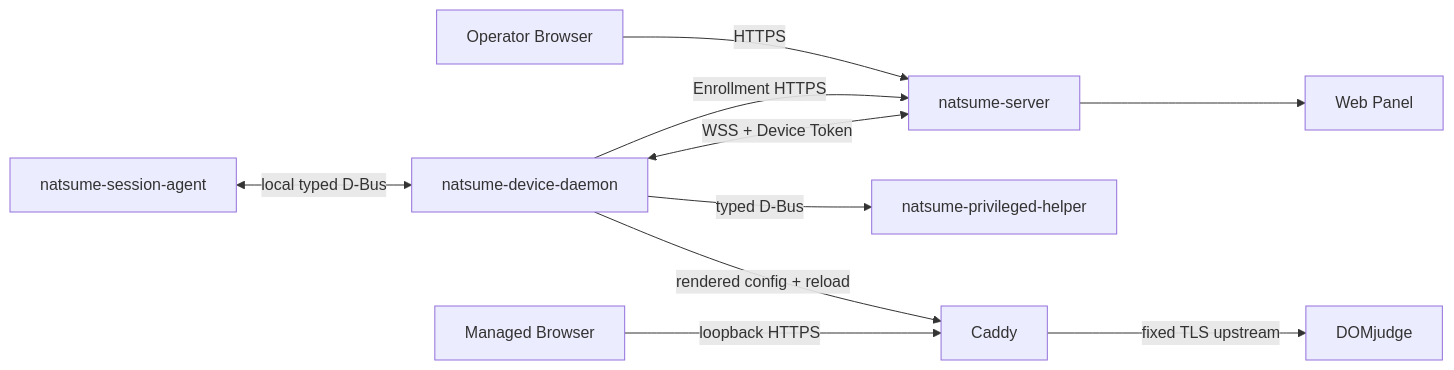
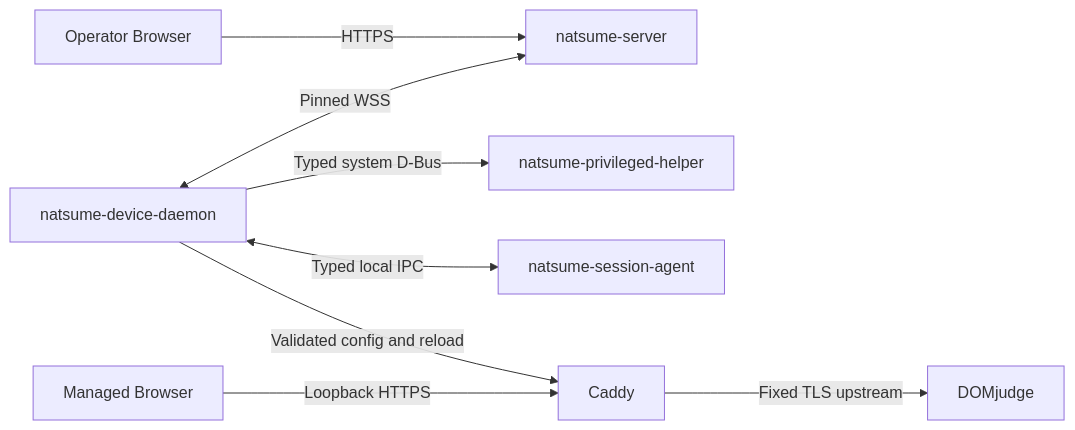
The diagram in docs/architecture.md (4o3F/Natsume), drawn with Mermaid before and after one commit. The commit also changed other lines of this file and 108 other files, not shown here.

Commit message:
refactor(architecture): consolidate Device control baseline

````diff
--- a/docs/architecture.md
+++ b/docs/architecture.md
@@ -72,22 +104,19 @@
 ```mermaid
 flowchart LR
     Operator[Operator Browser]
     Server[natsume-server]
-    Web[Web Panel]
-    Device[natsume-device-daemon]
+    Daemon[natsume-device-daemon]
     Helper[natsume-privileged-helper]
     Agent[natsume-session-agent]
     Caddy[Caddy]
     Browser[Managed Browser]
-    DOMjudge[DOMjudge]
+    Judge[DOMjudge]
 
     Operator -->|HTTPS| Server
-    Server --> Web
-    Device -->|Enrollment HTTPS| Server
-    Device <-->|WSS + Device Token| Server
-    Device -->|typed D-Bus| Helper
-    Agent <-->|local typed D-Bus| Device
-    Device -->|rendered config + reload| Caddy
-    Browser -->|loopback HTTPS| Caddy
-    Caddy -->|fixed TLS upstream| DOMjudge
+    Daemon <-->|Pinned WSS| Server
+    Daemon -->|Typed system D-Bus| Helper
+    Daemon <-->|Typed local IPC| Agent
+    Daemon -->|Validated config and reload| Caddy
+    Browser -->|Loopback HTTPS| Caddy
+    Caddy -->|Fixed TLS upstream| Judge
 ```
````
